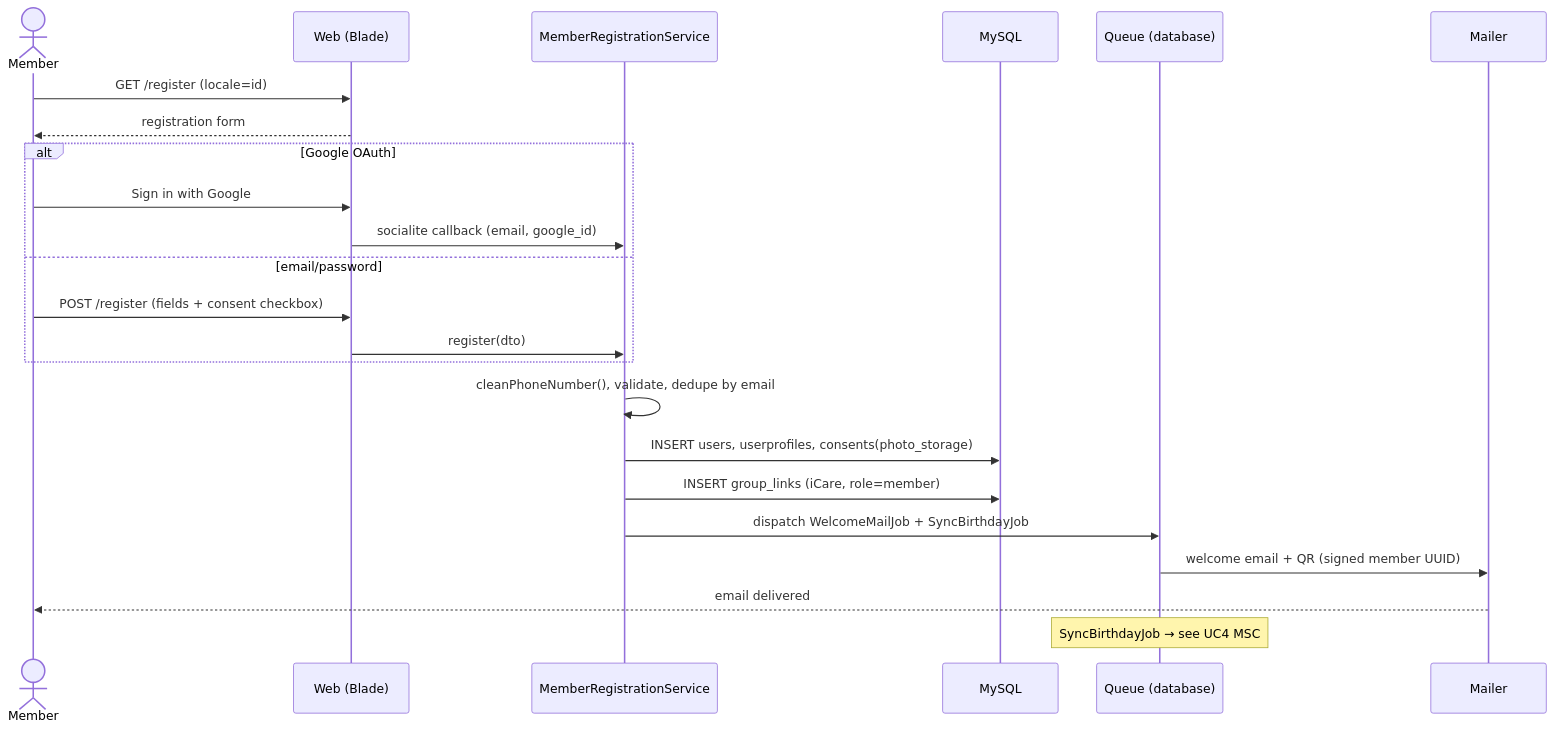
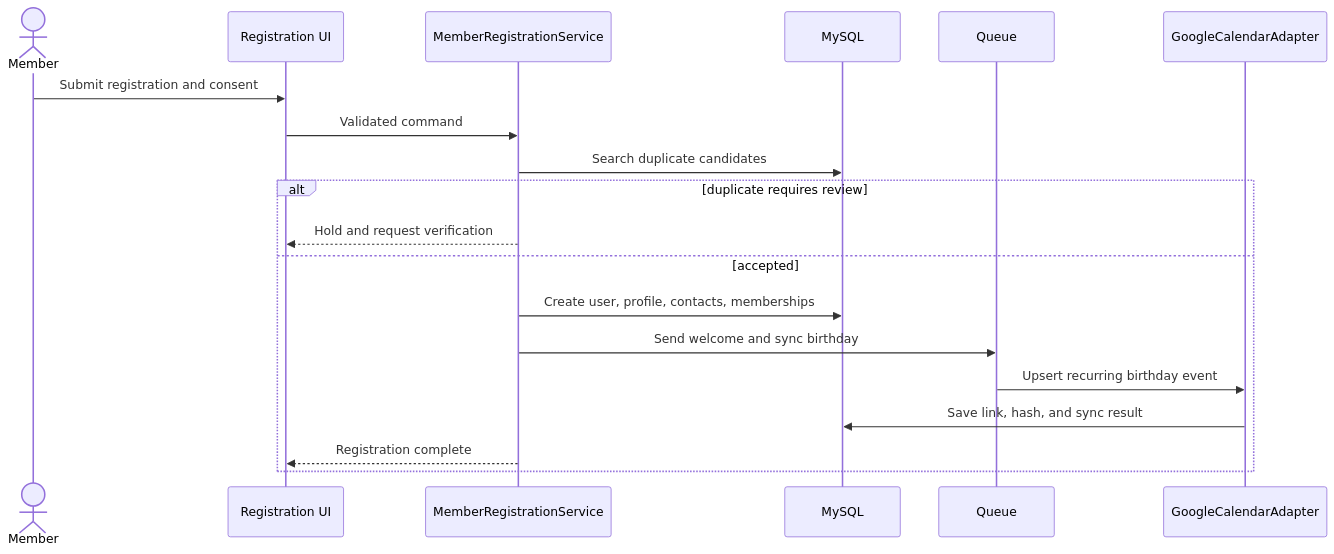
The sixth of 11 diagrams in PRD.md (ijosh-ch/church-cms-laravel), drawn with Mermaid before and after one commit. The commit also changed other lines of this file and 11 other files, not shown here.

````diff
--- a/PRD.md
+++ b/PRD.md
@@ -337,26 +1173,22 @@
 ```mermaid
 sequenceDiagram
-    actor M as Member
-    participant W as Web (Blade)
-    participant RS as MemberRegistrationService
+    actor Member
+    participant UI as Registration UI
+    participant Service as MemberRegistrationService
     participant DB as MySQL
-    participant Q as Queue (database)
-    participant Mail as Mailer
+    participant Queue as Queue
+    participant Calendar as GoogleCalendarAdapter
 
-    M->>W: GET /register (locale=id)
-    W-->>M: registration form
-    alt Google OAuth
-        M->>W: Sign in with Google
-        W->>RS: socialite callback (email, google_id)
-    else email/password
-        M->>W: POST /register (fields + consent checkbox)
-        W->>RS: register(dto)
+    Member->>UI: Submit registration and consent
+    UI->>Service: Validated command
+    Service->>DB: Search duplicate candidates
+    alt duplicate requires review
+        Service-->>UI: Hold and request verification
+    else accepted
+        Service->>DB: Create user, profile, contacts, memberships
+        Service->>Queue: Send welcome and sync birthday
+        Queue->>Calendar: Upsert recurring birthday event
+        Calendar->>DB: Save link, hash, and sync result
+        Service-->>UI: Registration complete
     end
-    RS->>RS: cleanPhoneNumber(), validate, dedupe by email
-    RS->>DB: INSERT users, userprofiles, consents(photo_storage)
-    RS->>DB: INSERT group_links (iCare, role=member)
-    RS->>Q: dispatch WelcomeMailJob + SyncBirthdayJob
-    Q->>Mail: welcome email + QR (signed member UUID)
-    Mail-->>M: email delivered
-    Note over Q: SyncBirthdayJob → see UC4 MSC
 ```
````
